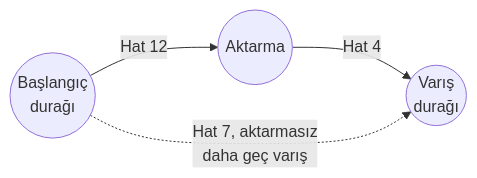
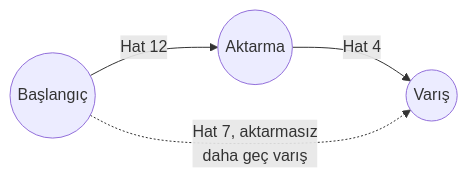
Before and after one commit to mertbyd/byd-gtfs-management-api: the fourth of 4 diagrams in README.md, drawn with Mermaid. The commit also changed other lines of this file, not shown here.

````diff
--- a/README.md
+++ b/README.md
@@ -140,6 +131,6 @@
 ```mermaid
 flowchart LR
-    A((Başlangıç<br/>durağı)) -->|Hat 12| X((Aktarma))
-    X -->|Hat 4| B((Varış<br/>durağı))
+    A((Başlangıç)) -->|Hat 12| X((Aktarma))
+    X -->|Hat 4| B((Varış))
     A -.->|Hat 7, aktarmasız<br/>daha geç varış| B
 ```
````
